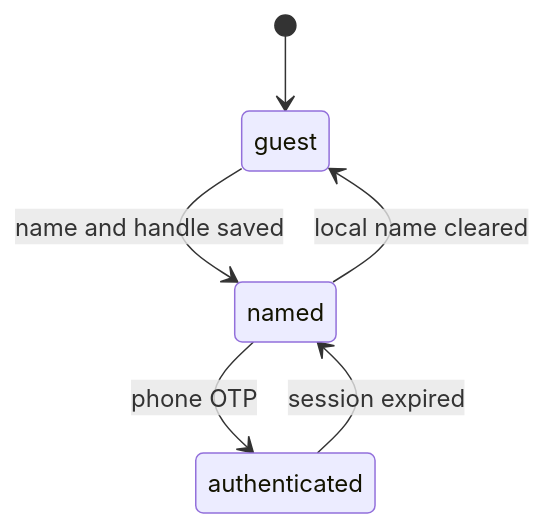
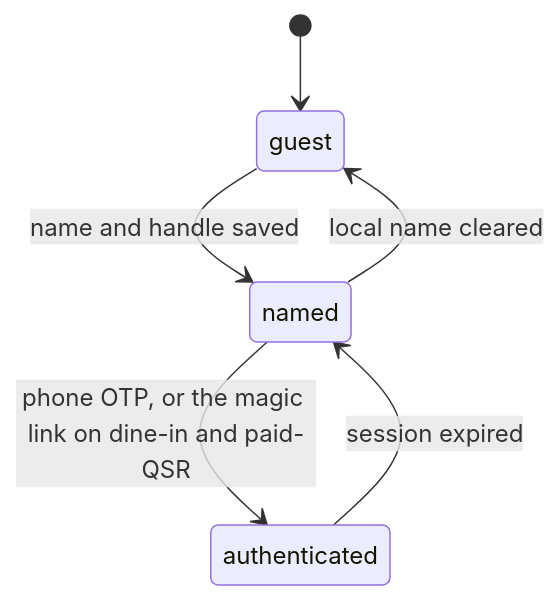
The second of 2 diagrams in product/detail-flows/02-auth.md (bawra11/elite-product), drawn with Mermaid before and after one commit. The commit also changed other lines of this file and 15 other files, not shown here.

````diff
--- a/product/detail-flows/02-auth.md
+++ b/product/detail-flows/02-auth.md
@@ -27,8 +29,8 @@
 ```mermaid
 stateDiagram-v2
   [*] --> guest
   guest --> named: name and handle saved
-  named --> authenticated: phone OTP
+  named --> authenticated: phone OTP, or the magic link on dine-in and paid-QSR
   authenticated --> named: session expired
   named --> guest: local name cleared
 ```
````
